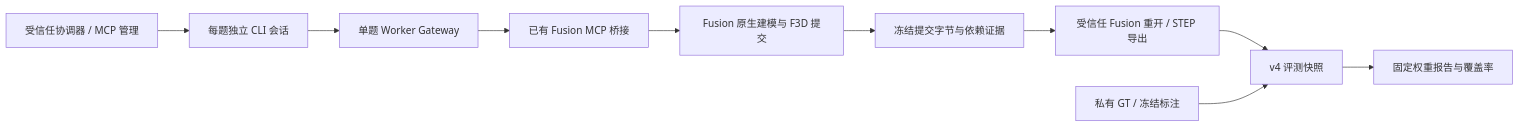
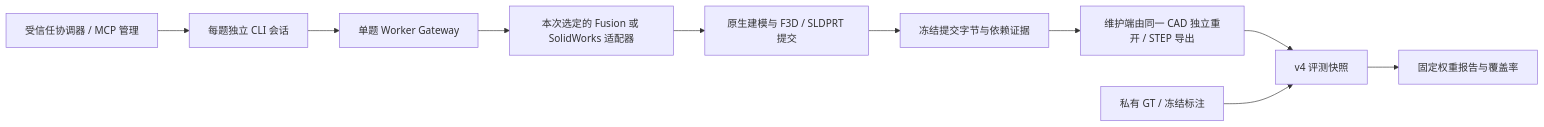
One commit to espresso205/fusion-benchmark-plugin changed the diagram in docs/ARCHITECTURE.md. Above: the diagram before and after it, drawn with Mermaid. The commit also changed other lines of this file and 43 other files, not shown here.

Commit message:
feat: add SolidWorks CAD backend and simplify HTML reports

````diff
--- a/docs/ARCHITECTURE.md
+++ b/docs/ARCHITECTURE.md
@@ -3,12 +3,12 @@
 ```mermaid
 flowchart LR
     A[受信任协调器 / MCP 管理] --> B[每题独立 CLI 会话]
     B --> C[单题 Worker Gateway]
-    C --> D[已有 Fusion MCP 桥接]
-    D --> E[Fusion 原生建模与 F3D 提交]
+    C --> D[本次选定的 Fusion 或 SolidWorks 适配器]
+    D --> E[原生建模与 F3D / SLDPRT 提交]
     E --> F[冻结提交字节与依赖证据]
-    F --> G[受信任 Fusion 重开 / STEP 导出]
+    F --> G[维护端由同一 CAD 独立重开 / STEP 导出]
     G --> H[v4 评测快照]
     H --> I[固定权重报告与覆盖率]
     J[私有 GT / 冻结标注] --> H
 ```
````
